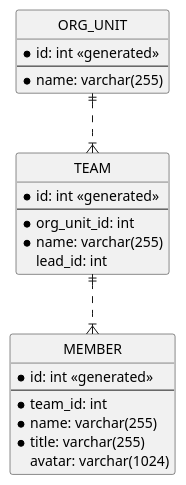
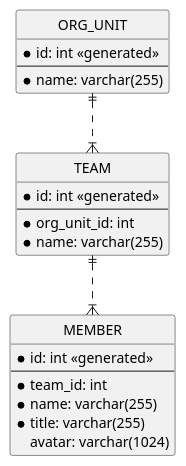
The diagram in src/main/resources/design/erd.puml (jpragma/dailyscrum), drawn with PlantUML before and after one commit. The commit also changed 7 other files, not shown here.

```diff
--- a/src/main/resources/design/erd.puml
+++ b/src/main/resources/design/erd.puml
@@ -1,31 +1,30 @@
 @startuml
 
 hide circle
 skinparam linetype ortho
 
 entity ORG_UNIT {
     * id: int <<generated>>
     --
     * name: varchar(255)
 }
 
 entity TEAM {
     * id: int <<generated>>
     --
     * org_unit_id: int
     * name: varchar(255)
-      lead_id: int
 }
 
 entity MEMBER {
     * id: int <<generated>>
     --
     * team_id: int
     * name: varchar(255)
     * title: varchar(255)
       avatar: varchar(1024)
 }
 
 ORG_UNIT ||..|{ TEAM
 TEAM ||..|{ MEMBER
 @enduml
```
